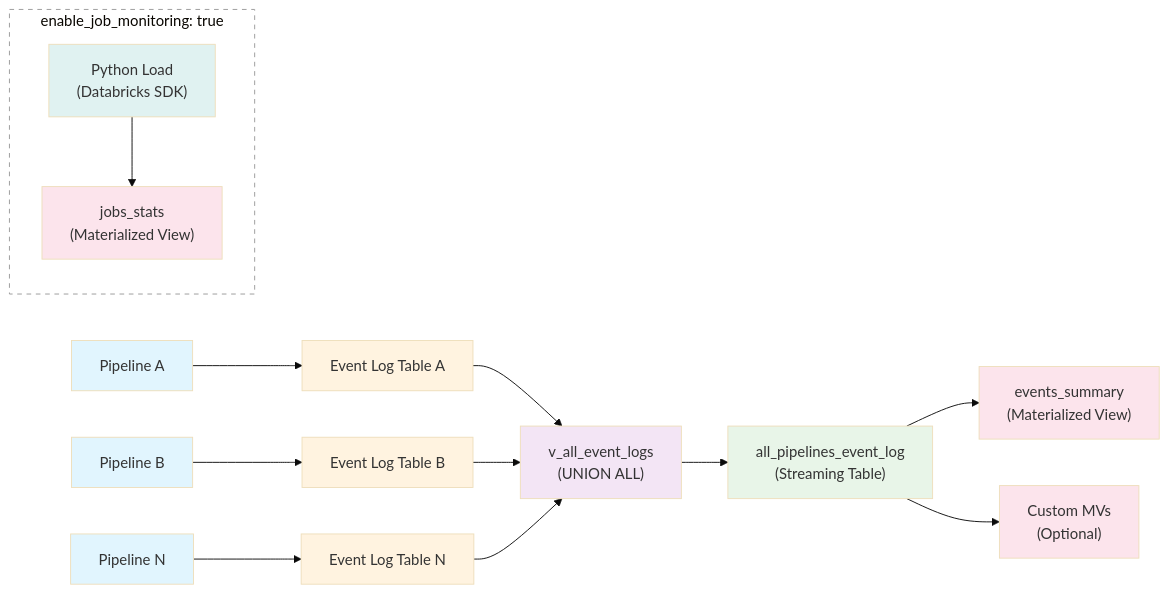
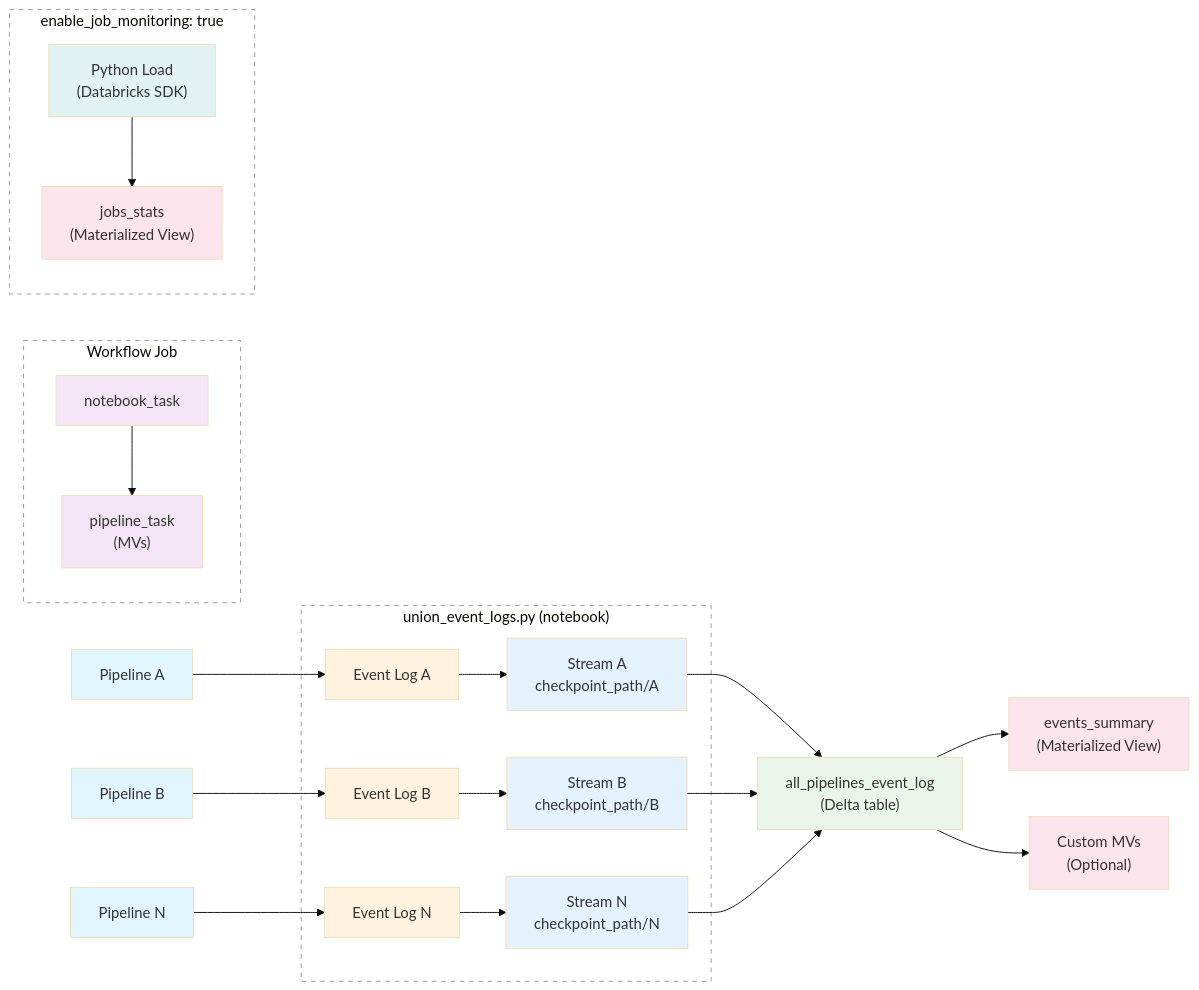
The diagram in docs/monitoring.rst (Mmodarre/Lakehouse_Plumber), drawn with Mermaid (base theme) before and after one commit. The commit also changed other lines of this file and 176 other files, not shown here.

```diff
--- a/docs/monitoring.rst
+++ b/docs/monitoring.rst
@@ -42,32 +53,47 @@
 .. mermaid::
 
    flowchart LR
-       P1["Pipeline A"] --> EL1["Event Log Table A"]
-       P2["Pipeline B"] --> EL2["Event Log Table B"]
-       P3["Pipeline N"] --> EL3["Event Log Table N"]
+       P1["Pipeline A"] --> EL1["Event Log A"]
+       P2["Pipeline B"] --> EL2["Event Log B"]
+       P3["Pipeline N"] --> ELN["Event Log N"]
 
-       EL1 --> UV["v_all_event_logs<br/>(UNION ALL)"]
-       EL2 --> UV
-       EL3 --> UV
+       subgraph notebook ["union_event_logs.py (notebook)"]
+           EL1 --> S1["Stream A<br/>checkpoint_path/A"]
+           EL2 --> S2["Stream B<br/>checkpoint_path/B"]
+           ELN --> SN["Stream N<br/>checkpoint_path/N"]
+       end
 
-       UV --> ST["all_pipelines_event_log<br/>(Streaming Table)"]
-       ST --> MV1["events_summary<br/>(Materialized View)"]
-       ST --> MV2["Custom MVs<br/>(Optional)"]
+       S1 --> UT["all_pipelines_event_log<br/>(Delta table)"]
+       S2 --> UT
+       SN --> UT
+
+       UT --> MV1["events_summary<br/>(Materialized View)"]
+       UT --> MV2["Custom MVs<br/>(Optional)"]
+
+       subgraph job ["Workflow Job"]
+           NT["notebook_task"] --> PT["pipeline_task<br/>(MVs)"]
+       end
 
        subgraph opt ["enable_job_monitoring: true"]
            PL["Python Load<br/>(Databricks SDK)"] --> JS["jobs_stats<br/>(Materialized View)"]
        end
 
        style P1 fill:#e1f5fe
        style P2 fill:#e1f5fe
        style P3 fill:#e1f5fe
        style EL1 fill:#fff3e0
        style EL2 fill:#fff3e0
-       style EL3 fill:#fff3e0
-       style UV fill:#f3e5f5
-       style ST fill:#e8f5e8
+       style ELN fill:#fff3e0
+       style S1 fill:#e3f2fd
+       style S2 fill:#e3f2fd
+       style SN fill:#e3f2fd
+       style UT fill:#e8f5e8
        style MV1 fill:#fce4ec
        style MV2 fill:#fce4ec
+       style NT fill:#f3e5f5
+       style PT fill:#f3e5f5
        style PL fill:#e0f2f1
        style JS fill:#fce4ec
        style opt fill:none,stroke:#999,stroke-dasharray: 5 5
+       style job fill:none,stroke:#999,stroke-dasharray: 5 5
+       style notebook fill:none,stroke:#999,stroke-dasharray: 5 5
```
